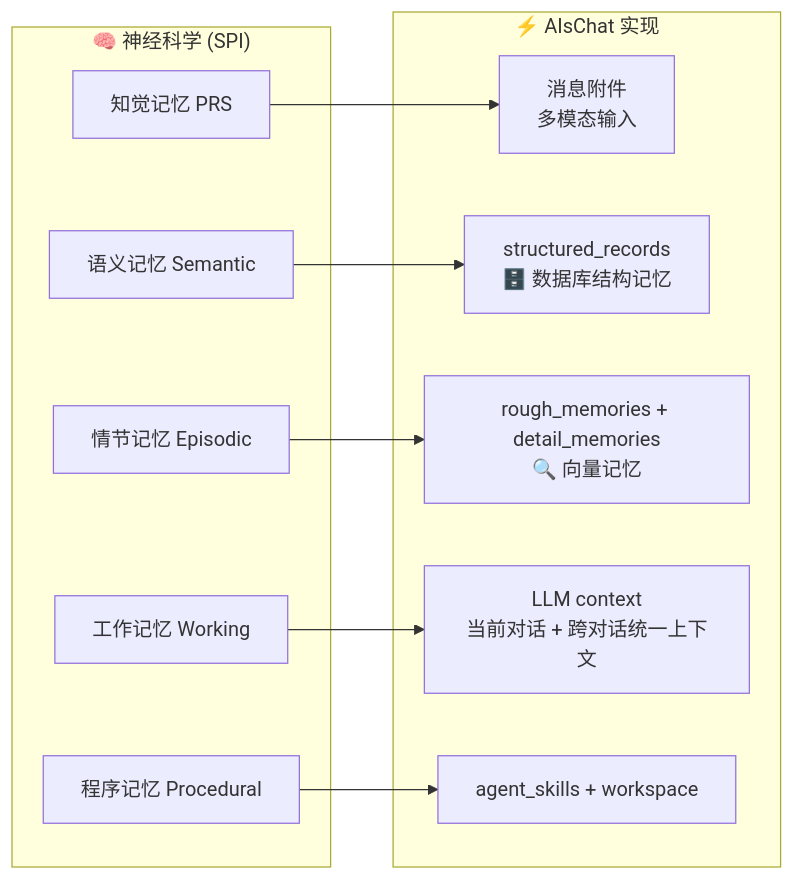
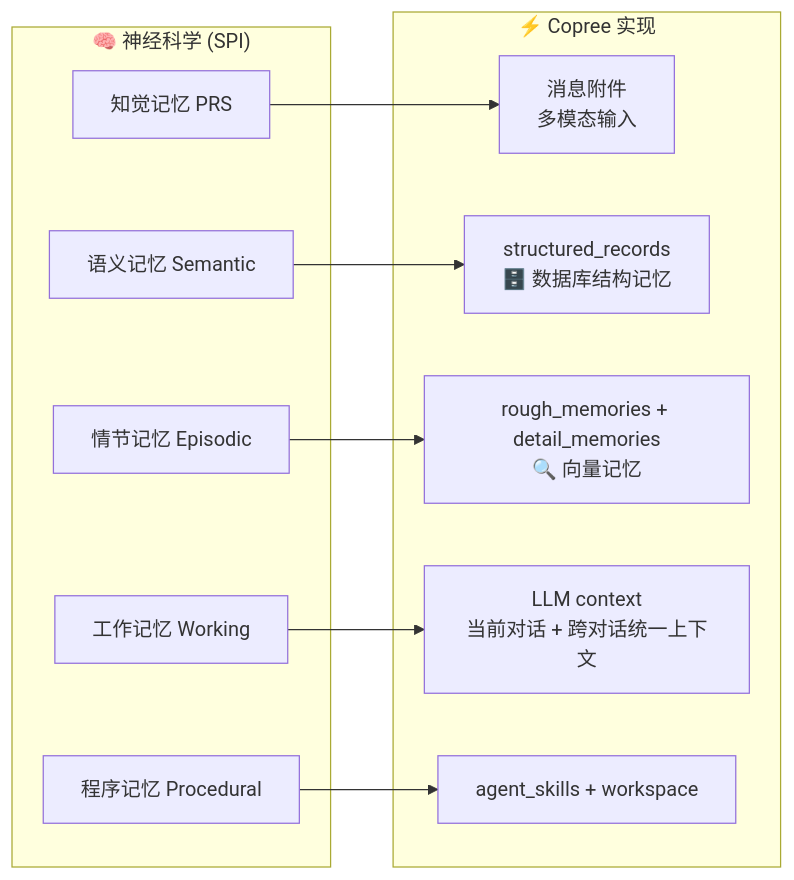
Before and after one commit to Coprexist/AIsChat: the second of 7 diagrams in docs/memory_system/design/memory_system_design.md, drawn with Mermaid. The commit also changed 471 other files, not shown here.

First line of the commit message:
feat(brand) 项目更名 AIsChat → Copree（显示层全量替换 + 品牌文档 + 插件改名）

````diff
--- a/docs/memory_system/design/memory_system_design.md
+++ b/docs/memory_system/design/memory_system_design.md
@@ -81,24 +81,24 @@
 ```mermaid
 flowchart LR
     subgraph Neuro["🧠 神经科学 (SPI)"]
         N_PRS["知觉记忆 PRS"]
         N_Sem["语义记忆 Semantic"]
         N_Epi["情节记忆 Episodic"]
         N_Work["工作记忆 Working"]
         N_Proc["程序记忆 Procedural"]
     end
 
-    subgraph AIsChat["⚡ AIsChat 实现"]
+    subgraph Copree["⚡ Copree 实现"]
         C_Sensory["消息附件<br/>多模态输入"]
         C_Sem["structured_records<br/>🗄️ 数据库结构记忆"]
         C_Epi["rough_memories + detail_memories<br/>🔍 向量记忆"]
         C_Work["LLM context<br/>当前对话 + 跨对话统一上下文"]
         C_Proc["agent_skills + workspace"]
     end
 
     N_PRS --> C_Sensory
     N_Sem --> C_Sem
     N_Epi --> C_Epi
     N_Work --> C_Work
     N_Proc --> C_Proc
 ```
````
